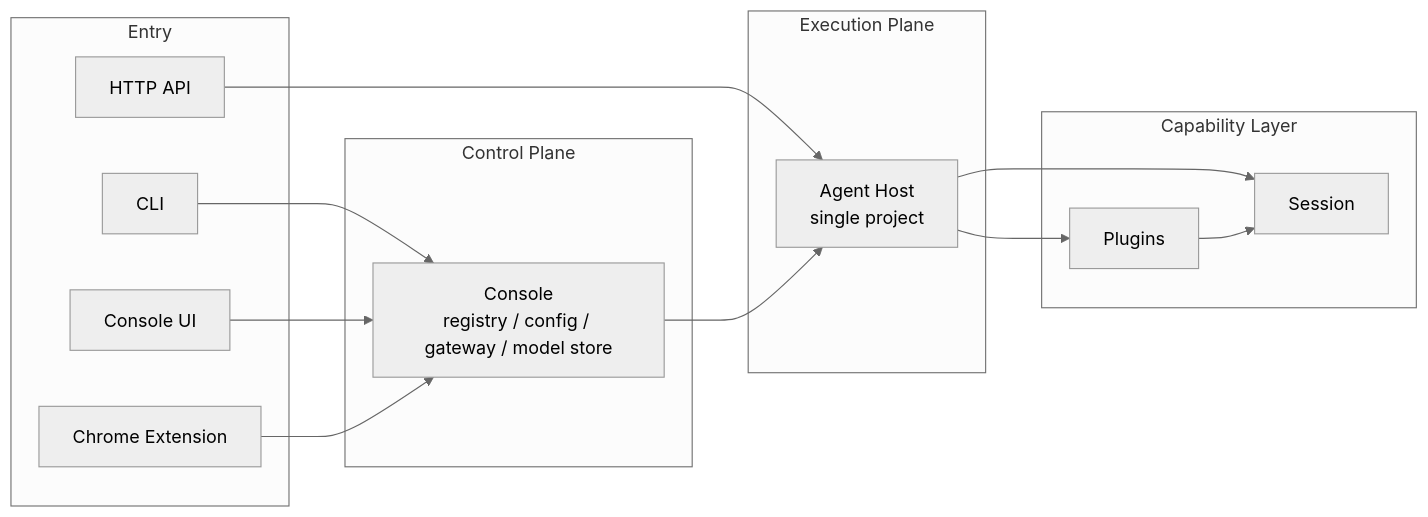
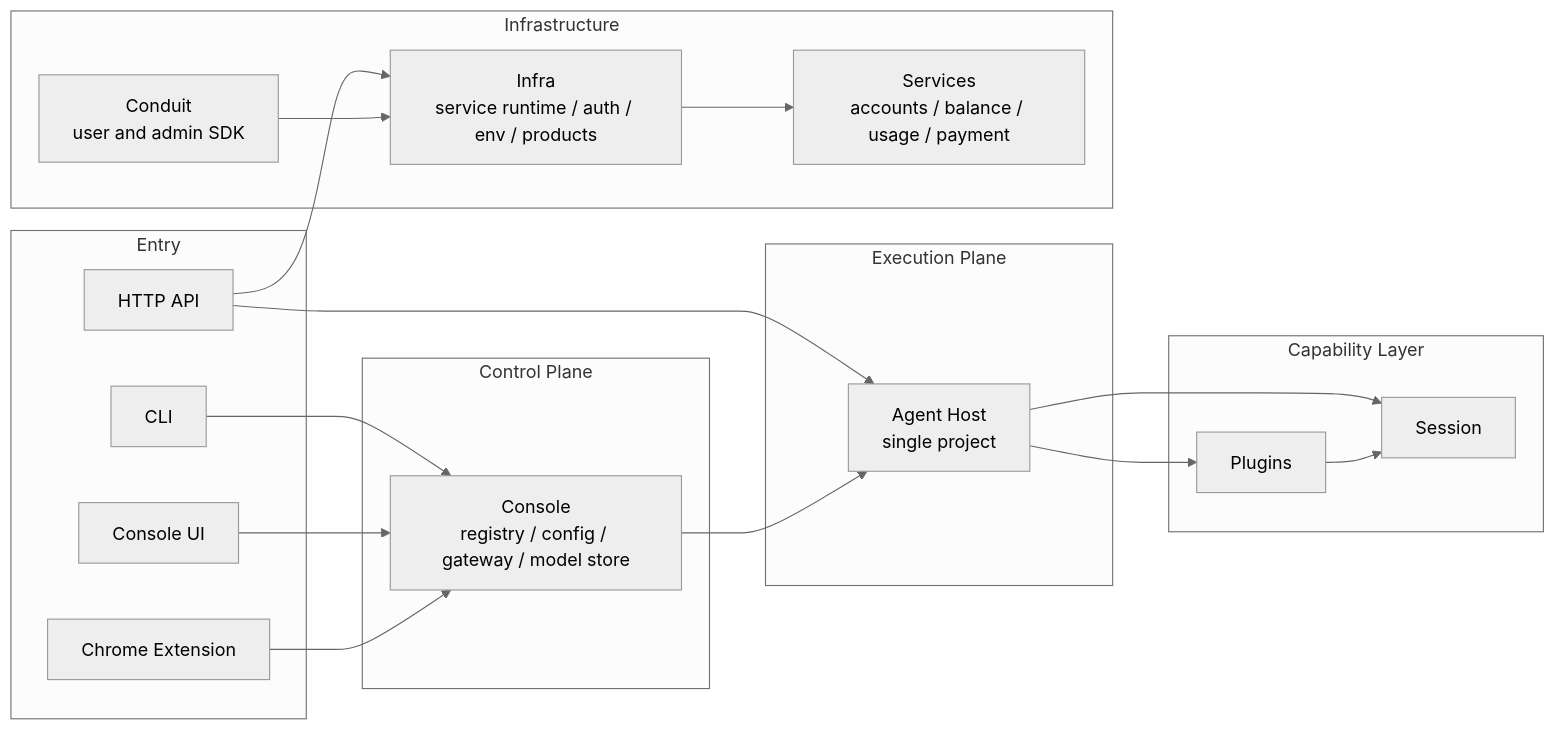
The first of 3 diagrams in homepage/content/devdocs/en/architecture/system-logic.mdx (wangenius/downcity), drawn with Mermaid (neutral theme) before and after one commit. The commit also changed other lines of this file and 167 other files, not shown here.

````diff
--- a/homepage/content/devdocs/en/architecture/system-logic.mdx
+++ b/homepage/content/devdocs/en/architecture/system-logic.mdx
@@ -19,31 +21,40 @@
 ```mermaid
 flowchart LR
   subgraph Entry["Entry"]
     CLI["CLI"]
     UI["Console UI"]
     EXT["Chrome Extension"]
     API["HTTP API"]
   end
 
   subgraph Control["Control Plane"]
     CONSOLE["Console<br/>registry / config / gateway / model store"]
   end
 
   subgraph Runtime["Execution Plane"]
     AGENT["Agent Host<br/>single project"]
   end
 
   subgraph Capability["Capability Layer"]
     SESSION["Session"]
     PLUGINS["Plugins"]
   end
 
+  subgraph Infra["Infrastructure"]
+    INFRA["Infra<br/>service runtime / auth / env / products"]
+    SERVICES["Services<br/>accounts / balance / usage / payment"]
+    CONDUIT["Conduit<br/>user and admin SDK"]
+  end
+
   CLI --> CONSOLE
   UI --> CONSOLE
   EXT --> CONSOLE
   API --> AGENT
   CONSOLE --> AGENT
   AGENT --> SESSION
   AGENT --> PLUGINS
   PLUGINS --> SESSION
+  API --> INFRA
+  CONDUIT --> INFRA
+  INFRA --> SERVICES
 ```
````
